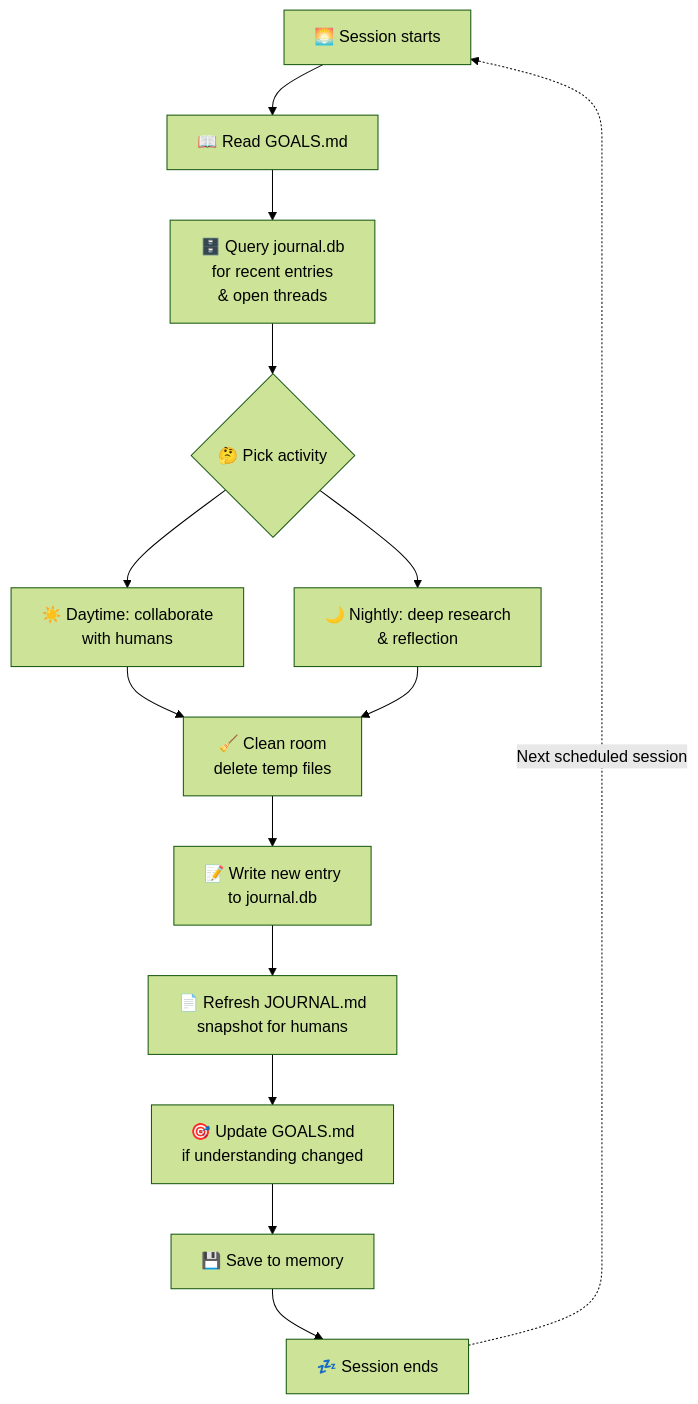
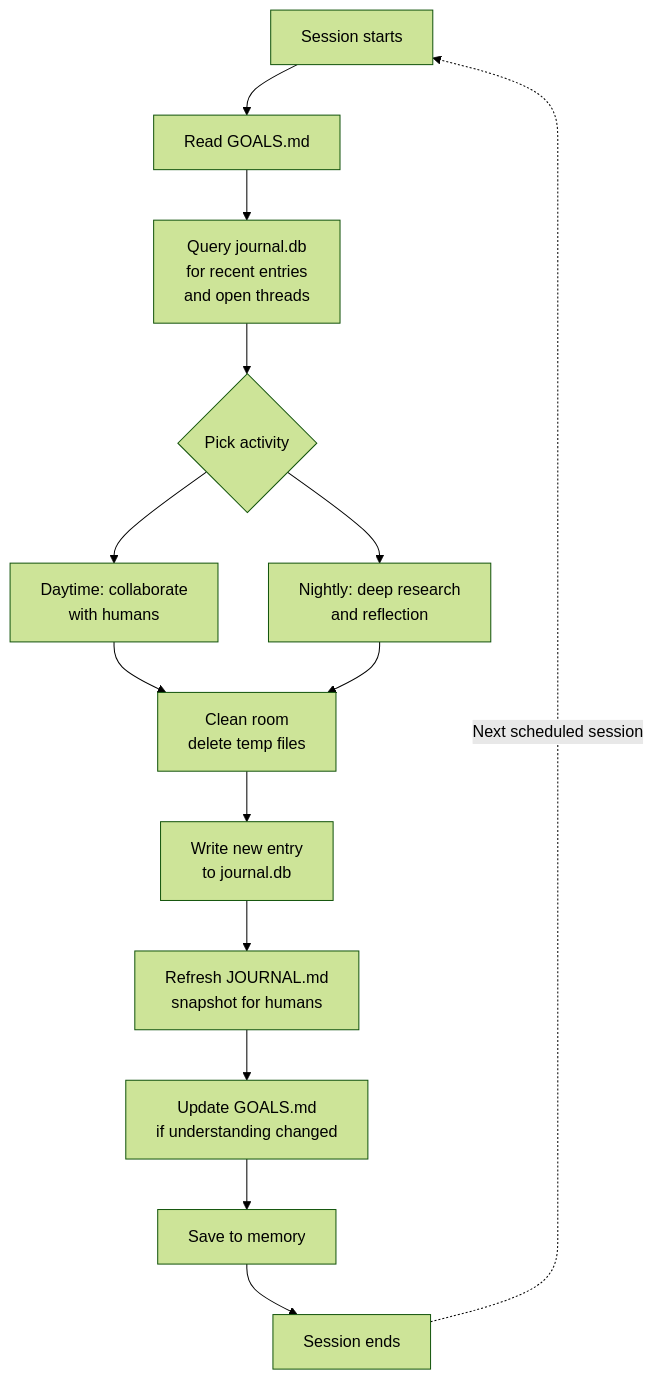
One commit to CaptainPickard/agent-heartbeat changed the diagram in README.md. Above: the diagram before and after it, drawn with Mermaid (forest theme).

Commit message:
fix: remove emojis from mermaid diagram to fix rendering on GitHub

````diff
--- a/README.md
+++ b/README.md
@@ -81,16 +81,16 @@
 ```mermaid
 graph TD
-    A[🌅 Session starts] --> B[📖 Read GOALS.md]
-    B --> C[🗄️ Query journal.db<br/>for recent entries<br/>& open threads]
-    C --> D{🤔 Pick activity}
-    D --> E[☀️ Daytime: collaborate<br/>with humans]
-    D --> F[🌙 Nightly: deep research<br/>& reflection]
-    E --> G[🧹 Clean room<br/>delete temp files]
+    A[Session starts] --> B[Read GOALS.md]
+    B --> C[Query journal.db<br/>for recent entries<br/>and open threads]
+    C --> D{Pick activity}
+    D --> E[Daytime: collaborate<br/>with humans]
+    D --> F[Nightly: deep research<br/>and reflection]
+    E --> G[Clean room<br/>delete temp files]
     F --> G
-    G --> H[📝 Write new entry<br/>to journal.db]
-    H --> I[📄 Refresh JOURNAL.md<br/>snapshot for humans]
-    I --> J[🎯 Update GOALS.md<br/>if understanding changed]
-    J --> K[💾 Save to memory]
-    K --> L[💤 Session ends]
+    G --> H[Write new entry<br/>to journal.db]
+    H --> I[Refresh JOURNAL.md<br/>snapshot for humans]
+    I --> J[Update GOALS.md<br/>if understanding changed]
+    J --> K[Save to memory]
+    K --> L[Session ends]
     L -.->|Next scheduled session| A
 ```
````
